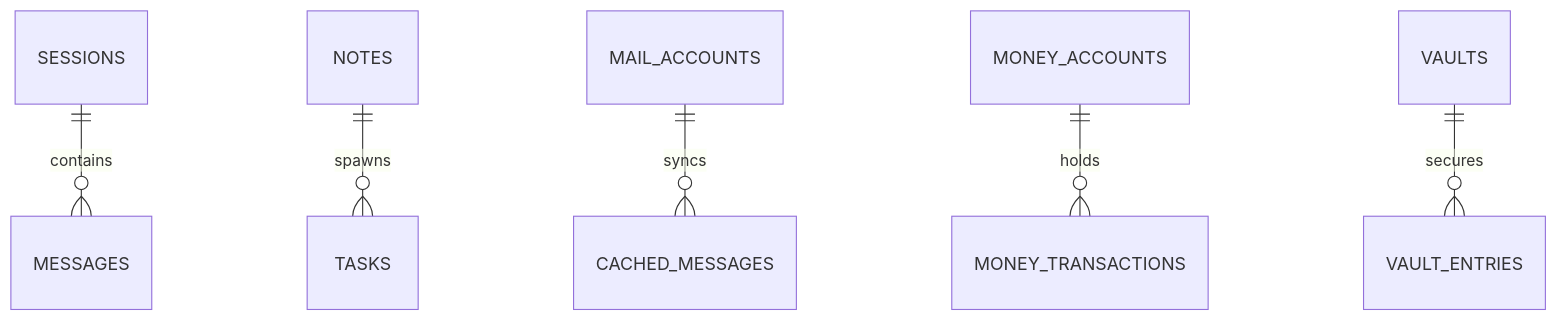
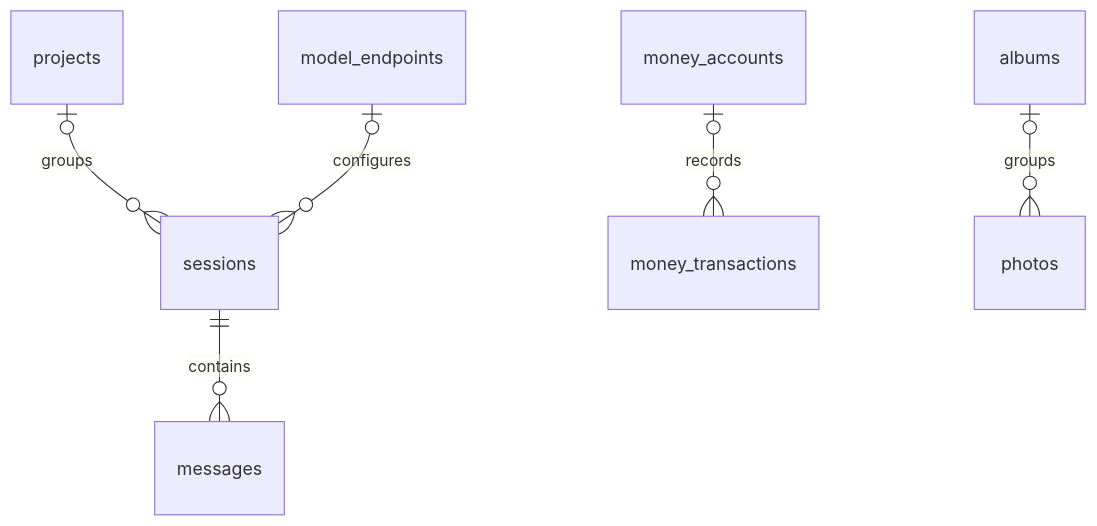
Before and after one commit to jxherc/alles: the fifth of 5 diagrams in specifications.md, drawn with Mermaid. The commit also changed other lines of this file, not shown here.

First line of the commit message:
(docs) architecture-consolidation general: docs: expand technical specifications

````diff
--- a/specifications.md
+++ b/specifications.md
@@ -870,8 +950,8 @@
 ```mermaid
 erDiagram
-    SESSIONS ||--o{ MESSAGES : contains
-    NOTES ||--o{ TASKS : spawns
-    MAIL_ACCOUNTS ||--o{ CACHED_MESSAGES : syncs
-    MONEY_ACCOUNTS ||--o{ MONEY_TRANSACTIONS : holds
-    VAULTS ||--o{ VAULT_ENTRIES : secures
+    projects |o--o{ sessions : groups
+    model_endpoints |o--o{ sessions : configures
+    sessions ||--o{ messages : contains
+    money_accounts |o--o{ money_transactions : records
+    albums |o--o{ photos : groups
 ```
````
